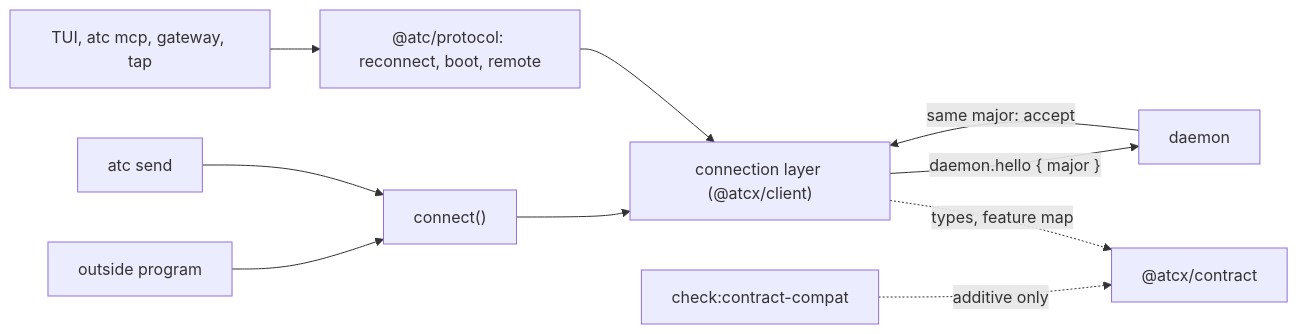
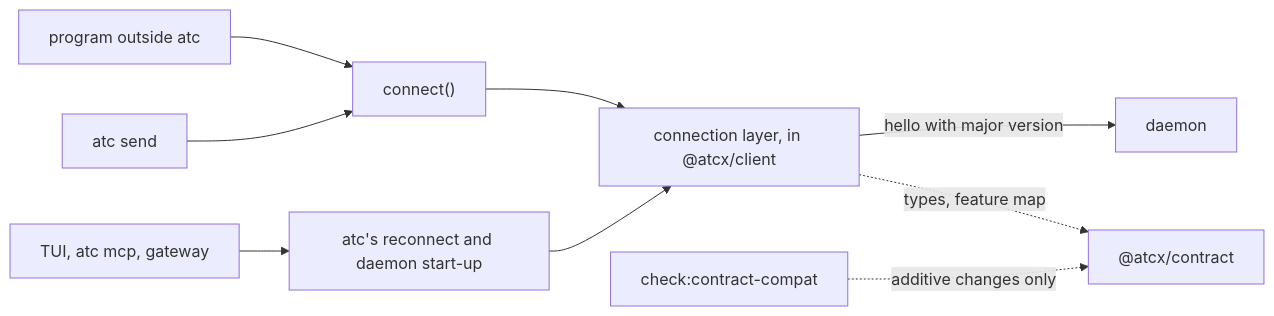
One commit to zgeoff/atc changed the diagram in docs/design/atcx-client/README.md. Above: the diagram before and after it, drawn with Mermaid. The commit also changed other lines of this file and 4 other files, not shown here.

Commit message:
docs: settle the review findings in the @atcx/client design

````diff
--- a/docs/design/atcx-client/README.md
+++ b/docs/design/atcx-client/README.md
@@ -15,12 +39,11 @@
 ```mermaid
 flowchart LR
-  ext[outside program] --> connect["connect()"]
+  ext[program outside atc] --> connect["connect()"]
   send[atc send] --> connect
-  connect --> conn["connection layer (@atcx/client)"]
-  proto["@atc/protocol: reconnect, boot, remote"] --> conn
-  tui[TUI, atc mcp, gateway, tap] --> proto
-  conn -->|"daemon.hello { major }"| daemon[daemon]
-  daemon -->|"same major: accept"| conn
-  ci[check:contract-compat] -.->|"additive only"| contract["@atcx/contract"]
-  conn -.->|types, feature map| contract
+  connect --> conn["connection layer, in @atcx/client"]
+  transport["atc's reconnect and daemon start-up"] --> conn
+  tui[TUI, atc mcp, gateway] --> transport
+  conn -->|"hello with major version"| daemon[daemon]
+  conn -.->|"types, feature map"| contract["@atcx/contract"]
+  ci["check:contract-compat"] -.->|"additive changes only"| contract
 ```
````
